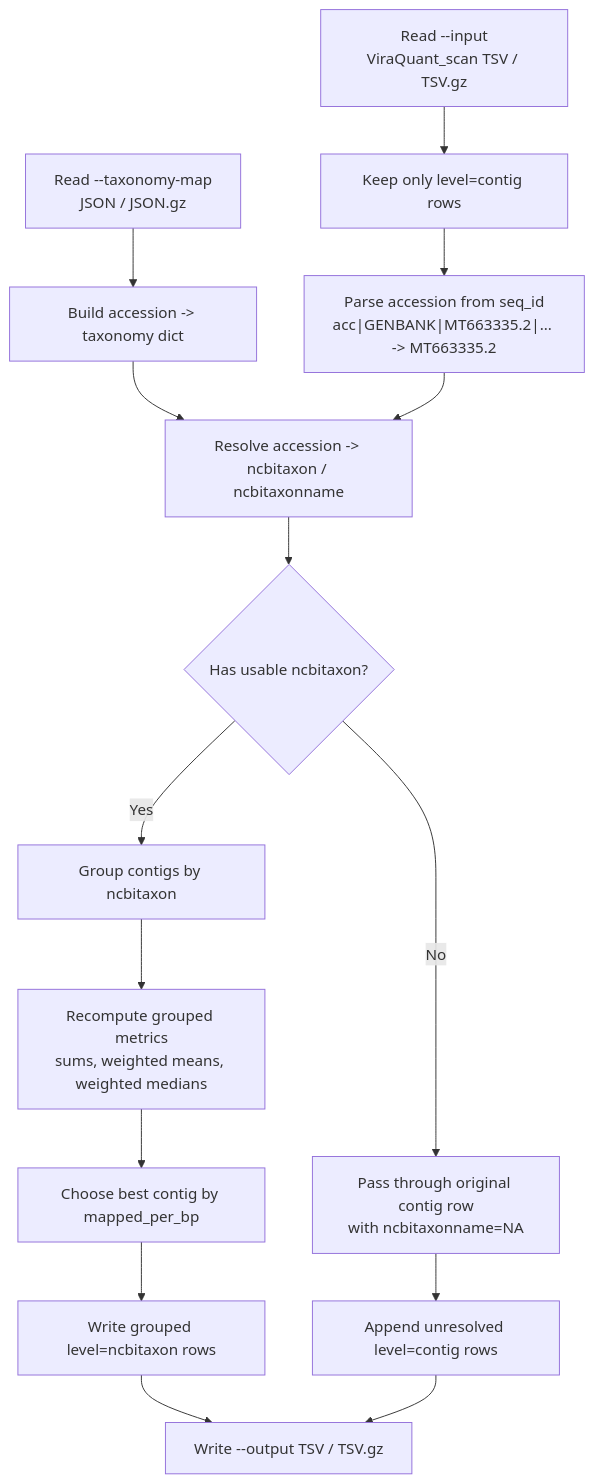
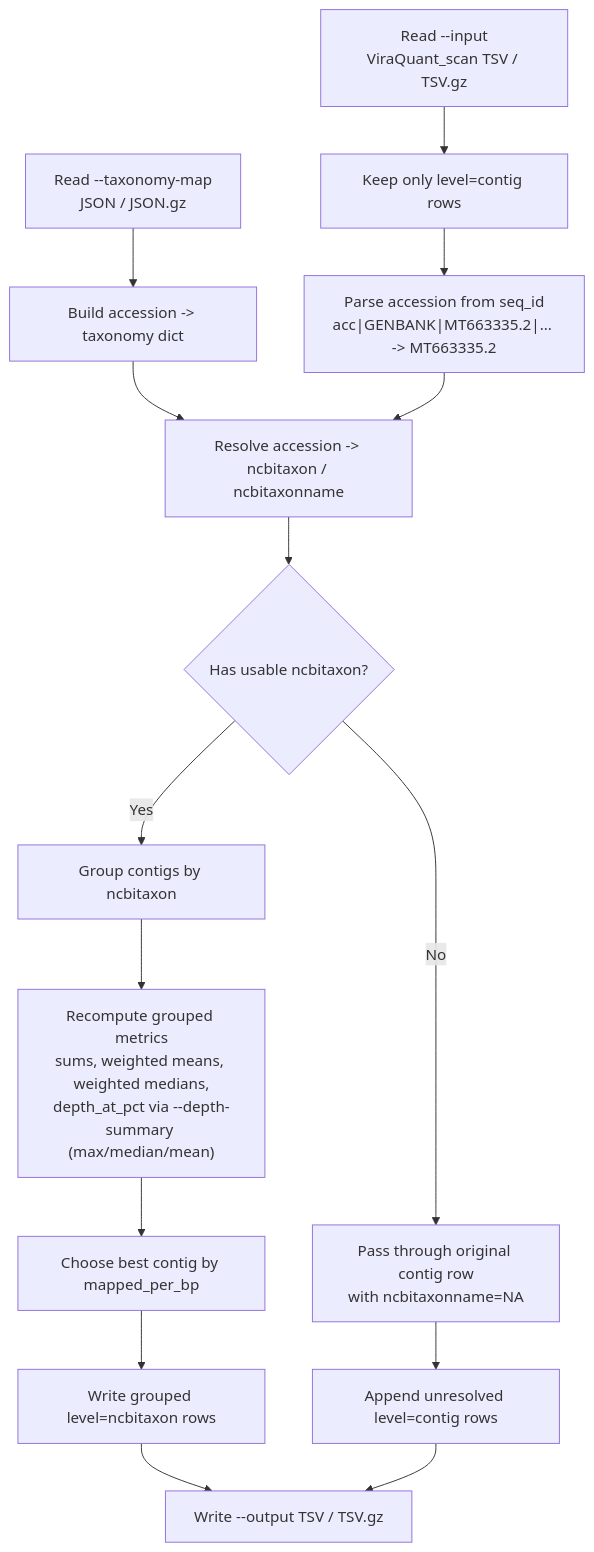
The diagram in convert_viraquant_scan_to_ncbitaxon.md (gongbinsheng/AdventSeq), drawn with Mermaid before and after one commit. The commit also changed other lines of this file and 1 other file, not shown here.

Commit message:
add "--depth-summary" to choose a method to summarize conotigs into taxon

````diff
--- a/convert_viraquant_scan_to_ncbitaxon.md
+++ b/convert_viraquant_scan_to_ncbitaxon.md
@@ -13,17 +13,17 @@
 ```mermaid
 flowchart TD
     A["Read --input<br/>ViraQuant_scan TSV / TSV.gz"] --> B["Keep only level=contig rows"]
     C["Read --taxonomy-map<br/>JSON / JSON.gz"] --> D["Build accession -> taxonomy dict"]
     B --> E["Parse accession from seq_id<br/>acc|GENBANK|MT663335.2|... -> MT663335.2"]
     D --> F["Resolve accession -> ncbitaxon / ncbitaxonname"]
     E --> F
     F --> G{"Has usable ncbitaxon?"}
     G -->|Yes| H["Group contigs by ncbitaxon"]
     G -->|No| I["Pass through original contig row<br/>with ncbitaxonname=NA"]
-    H --> J["Recompute grouped metrics<br/>sums, weighted means, weighted medians"]
+    H --> J["Recompute grouped metrics<br/>sums, weighted means, weighted medians,<br/>depth_at_pct via --depth-summary (max/median/mean)"]
     J --> K["Choose best contig by mapped_per_bp"]
     K --> L["Write grouped level=ncbitaxon rows"]
     I --> M["Append unresolved level=contig rows"]
     L --> N["Write --output TSV / TSV.gz"]
     M --> N
 ```
````
